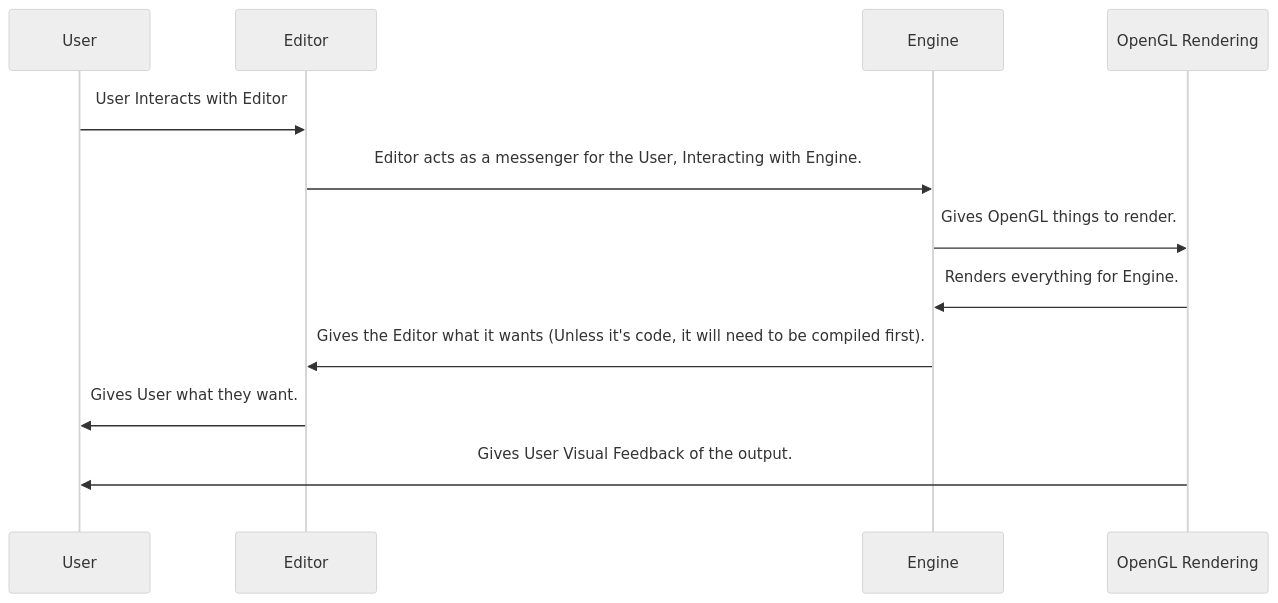
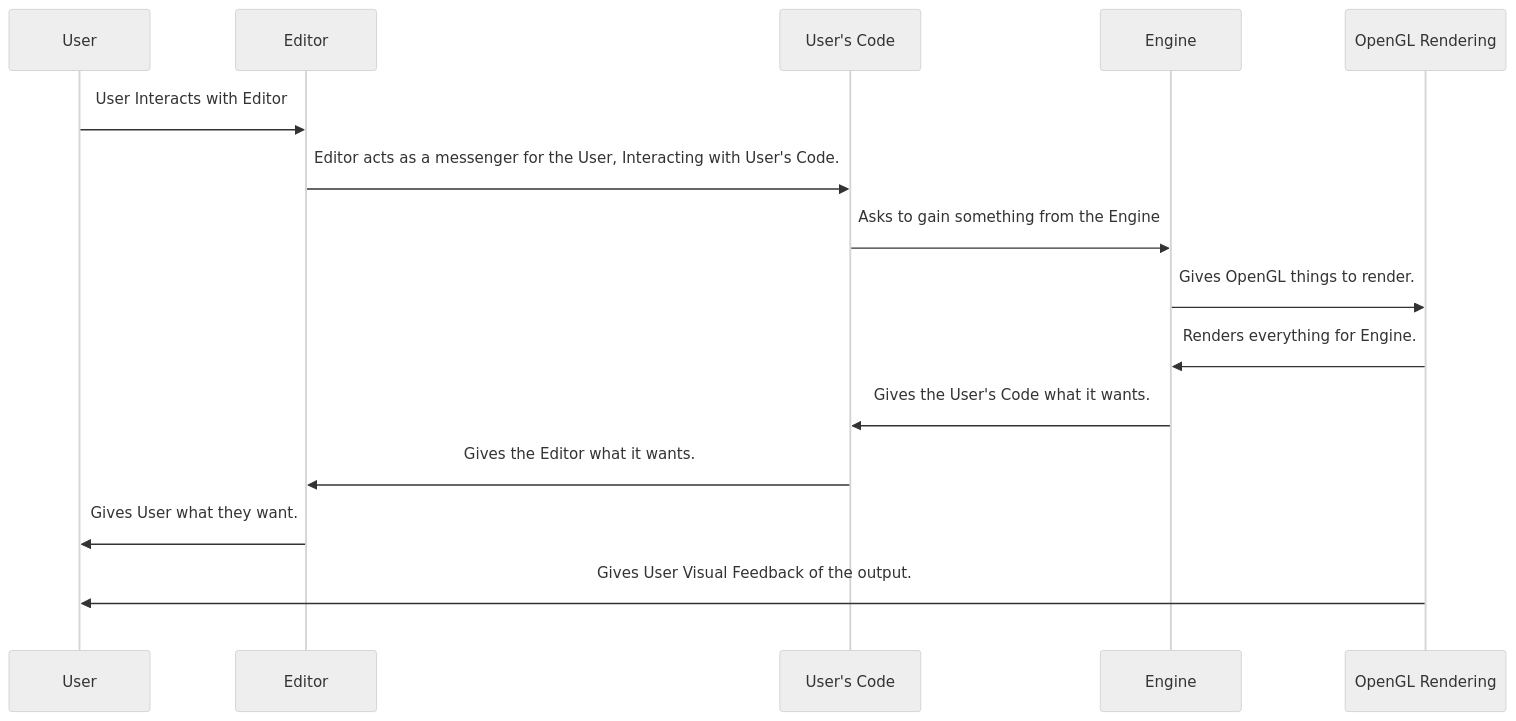
Before and after one commit to UnderTheBedStudios/Zeyrixon: the diagram in README.md, drawn with Mermaid (neutral theme). The commit also changed other lines of this file and 14 other files, not shown here.

````diff
--- a/README.md
+++ b/README.md
@@ -22,11 +23,13 @@
 ``` mermaid
 %%{init: { 'config': { 'boxMargin': 25, 'actorMargin': 0 } } }%%
 sequenceDiagram
     User->>Editor: User Interacts with Editor
-    Editor->>Engine: Editor acts as a messenger for the User, Interacting with Engine.
+    Editor->>User's Code: Editor acts as a messenger for the User, Interacting with User's Code.
+    User's Code->>Engine: Asks to gain something from the Engine
     Engine->>OpenGL Rendering: Gives OpenGL things to render.
     OpenGL Rendering->>Engine: Renders everything for Engine.
-    Engine->>Editor: Gives the Editor what it wants (Unless it's code, it will need to be compiled first).
+    Engine->>User's Code: Gives the User's Code what it wants.
+    User's Code->>Editor: Gives the Editor what it wants.
     Editor->>User: Gives User what they want.
     OpenGL Rendering->>User: Gives User Visual Feedback of the output.
 ```
````
